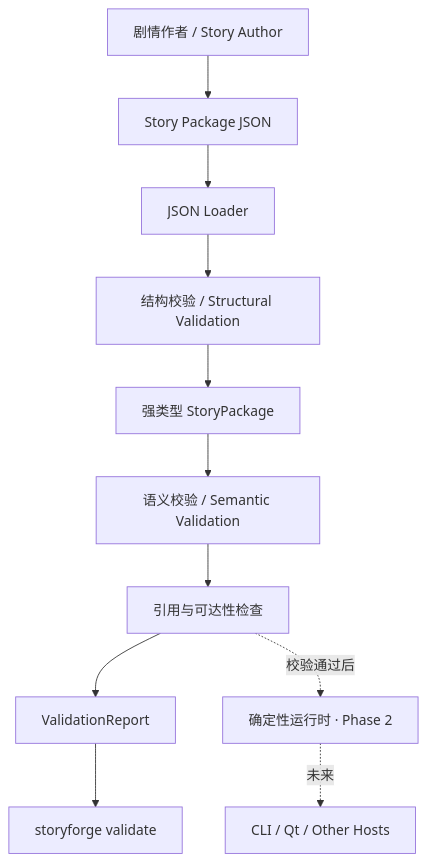
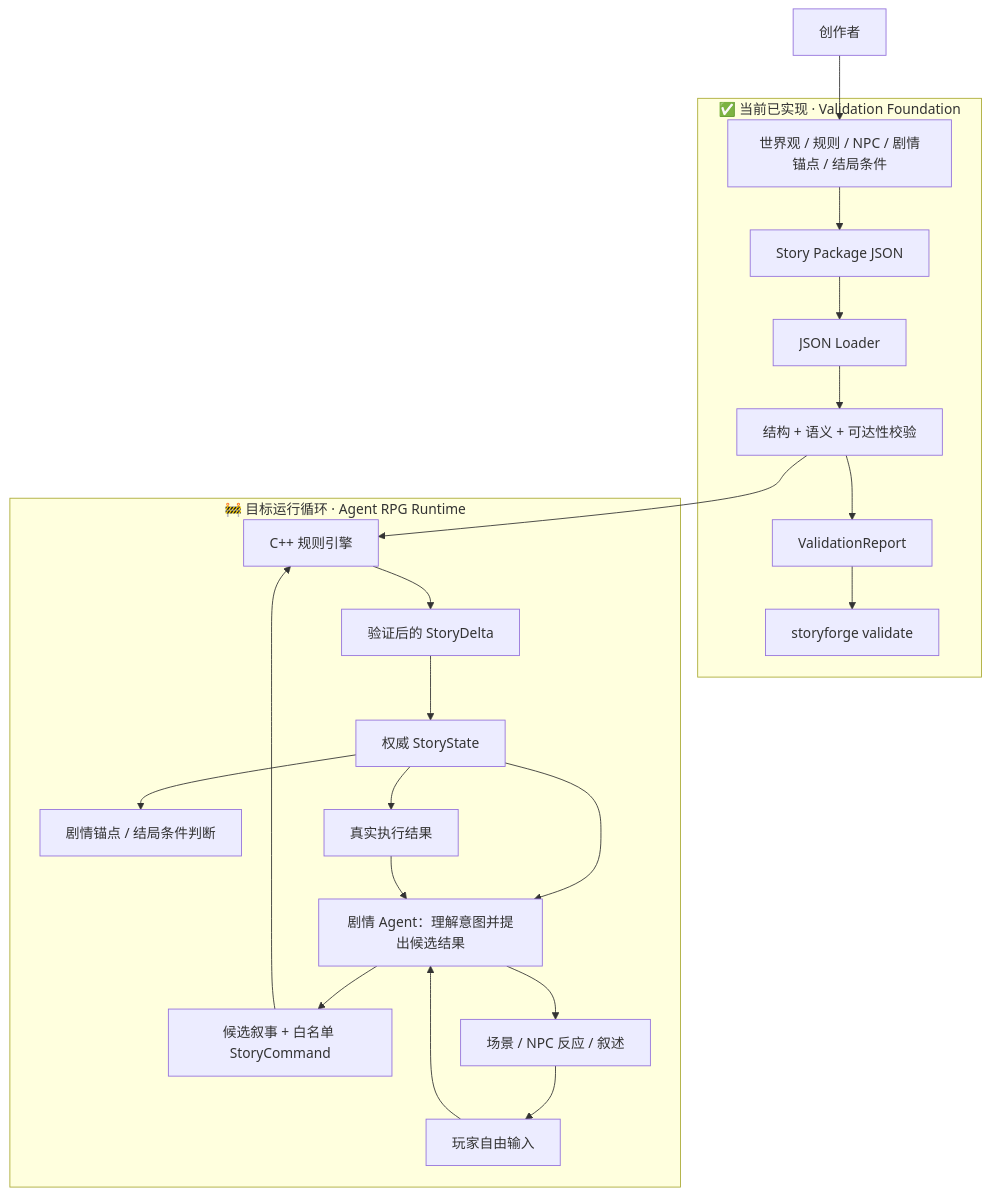
Before and after one commit to stellablack528/talestate-cpp: the diagram in README.md, drawn with Mermaid. The commit also changed other lines of this file, not shown here.

Commit message:
docs: 明确高自由文字 RPG Agent 定位

````diff
--- a/README.md
+++ b/README.md
@@ -80,15 +84,27 @@
 ```mermaid
 flowchart TD
-    Author["剧情作者 / Story Author"] --> Package["Story Package JSON"]
-    Package --> Loader["JSON Loader"]
-    Loader --> Structure["结构校验 / Structural Validation"]
-    Structure --> Model["强类型 StoryPackage"]
-    Model --> Semantic["语义校验 / Semantic Validation"]
-    Semantic --> Graph["引用与可达性检查"]
-    Graph --> Report["ValidationReport"]
-    Report --> CLI["storyforge validate"]
+    Creator["创作者"] --> World["世界观 / 规则 / NPC / 剧情锚点 / 结局条件"]
 
-    Runtime["确定性运行时 · Phase 2"]
-    Graph -. "校验通过后" .-> Runtime
-    Runtime -. "未来" .-> Host["CLI / Qt / Other Hosts"]
+    subgraph Current ["✅ 当前已实现 · Validation Foundation"]
+        World --> Package["Story Package JSON"]
+        Package --> Loader["JSON Loader"]
+        Loader --> Validation["结构 + 语义 + 可达性校验"]
+        Validation --> Report["ValidationReport"]
+        Report --> ValidateCLI["storyforge validate"]
+    end
+
+    subgraph Target ["🚧 目标运行循环 · Agent RPG Runtime"]
+        Player["玩家自由输入"] --> Agent["剧情 Agent：理解意图并提出候选结果"]
+        State["权威 StoryState"] --> Agent
+        Validation --> Runtime["C++ 规则引擎"]
+        Agent --> Candidate["候选叙事 + 白名单 StoryCommand"]
+        Candidate --> Runtime
+        Runtime --> Delta["验证后的 StoryDelta"]
+        Delta --> State
+        State --> Ending["剧情锚点 / 结局条件判断"]
+        State --> Result["真实执行结果"]
+        Result --> Agent
+        Agent --> Narrative["场景 / NPC 反应 / 叙述"]
+        Narrative --> Player
+    end
 ```
````
